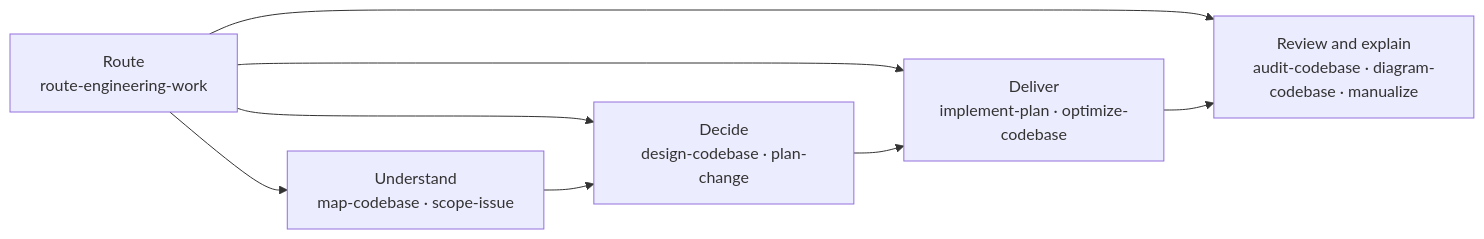
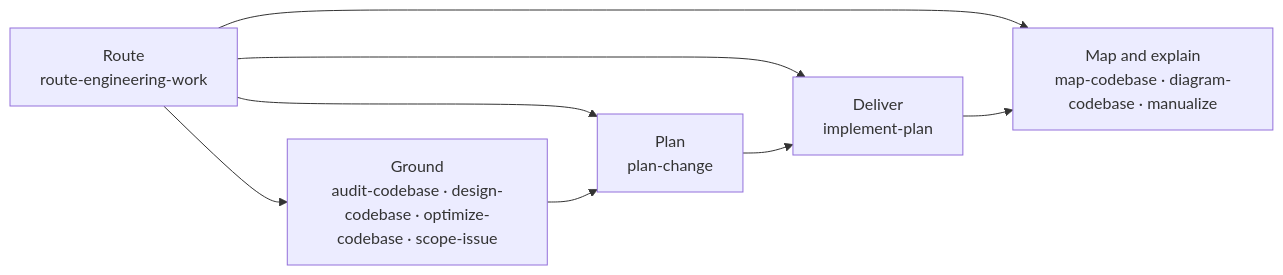
The diagram in README.md (akshay-diwadkar/skills), drawn with Mermaid before and after one commit. The commit also changed other lines of this file and 67 other files, not shown here.

````diff
--- a/README.md
+++ b/README.md
@@ -51,14 +51,14 @@
 ```mermaid
 flowchart LR
     R["Route<br/>route-engineering-work"]
-    A["Understand<br/>map-codebase · scope-issue"]
-    B["Decide<br/>design-codebase · plan-change"]
-    C["Deliver<br/>implement-plan · optimize-codebase"]
-    D["Review and explain<br/>audit-codebase · diagram-codebase · manualize"]
+    A["Ground<br/>audit-codebase · design-codebase · optimize-codebase · scope-issue"]
+    B["Plan<br/>plan-change"]
+    C["Deliver<br/>implement-plan"]
+    D["Map and explain<br/>map-codebase · diagram-codebase · manualize"]
 
     R --> A
     R --> B
     R --> C
     R --> D
     A --> B --> C --> D
 ```
````
